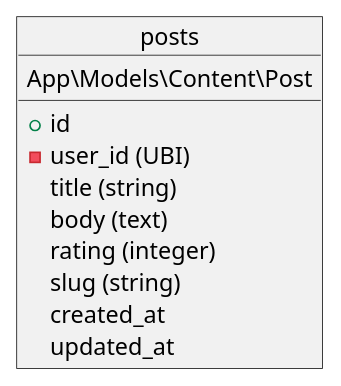
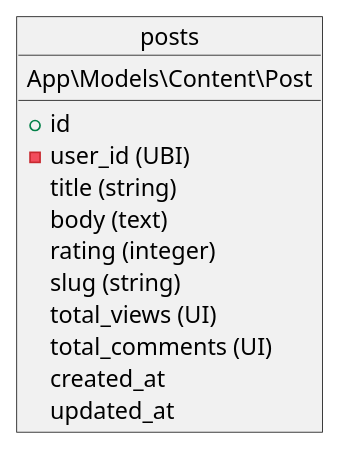
Before and after one commit to fesh-biz/7dab: the diagram in info/database/tables/content/posts.puml, drawn with PlantUML. The commit also changed 20 other files, not shown here.

```diff
--- a/info/database/tables/content/posts.puml
+++ b/info/database/tables/content/posts.puml
@@ -1,16 +1,18 @@
 @startuml
 object posts {
     App\Models\Content\Post
     __
     + id
     - user_id (UBI)
 
     title (string)
     body (text)
     rating (integer)
     slug (string)
+    total_views (UI)
+    total_comments (UI)
 
     created_at
     updated_at
 }
 @enduml
```
